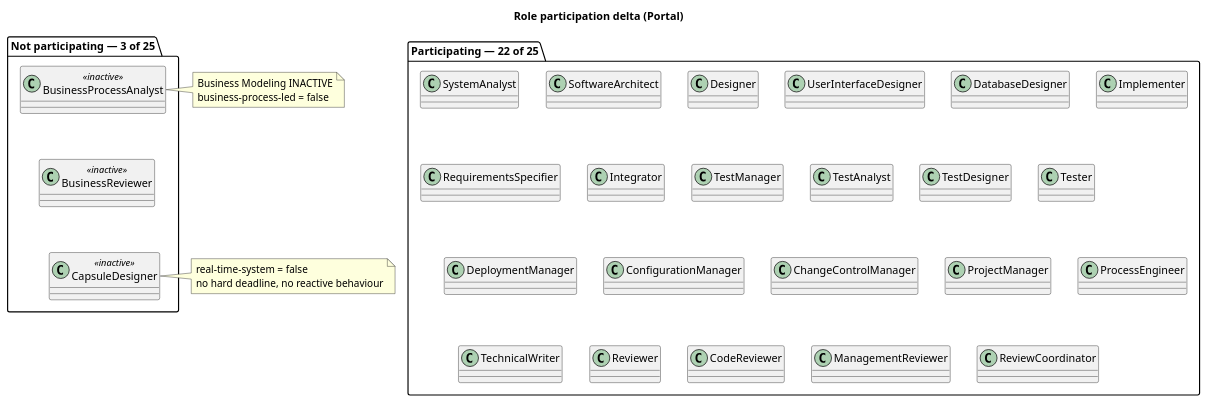
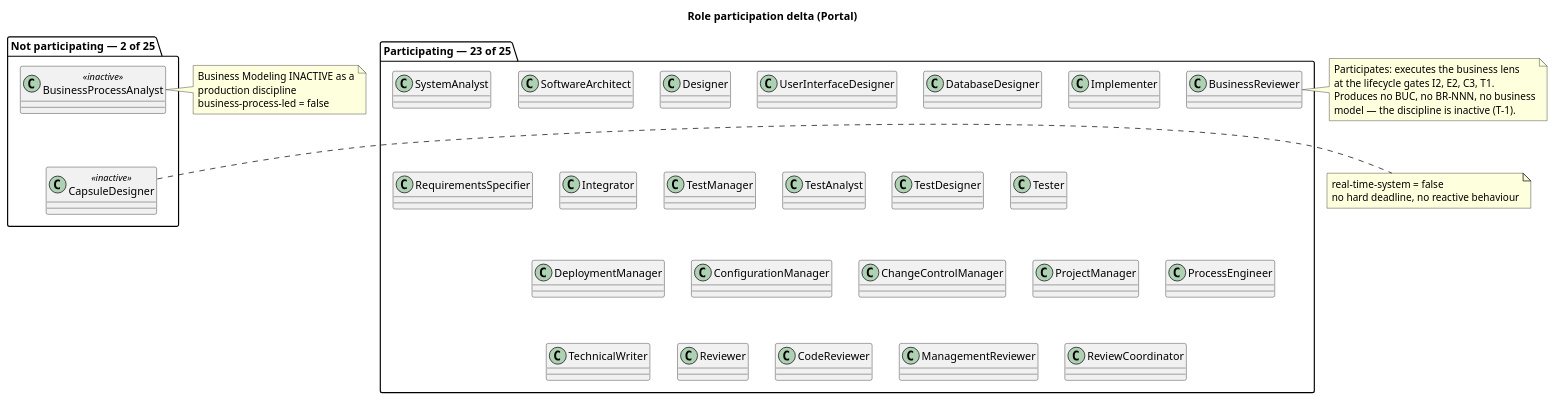
One commit to banense-test/portal changed the fifth of 6 diagrams in docs/artifacts/environment/development-case.md. Above: the diagram before and after it, drawn with PlantUML. The commit also changed other lines of this file, not shown here.

Commit message:
Process Engineer [I3]: upsert Development Case
[skip ci]

````diff
--- a/docs/artifacts/environment/development-case.md
+++ b/docs/artifacts/environment/development-case.md
@@ -322,51 +321,57 @@
 ```plantuml
 @startuml
 title Role participation delta (Portal)
 
 skinparam classAttributeIconSize 0
 
-package "Participating — 22 of 25" as ON {
+package "Participating — 23 of 25" as ON {
   class "SystemAnalyst" as SA
   class "RequirementsSpecifier" as RS
   class "SoftwareArchitect" as SWA
   class "Designer" as DES
   class "UserInterfaceDesigner" as UID
   class "DatabaseDesigner" as DBD
   class "Implementer" as IMP
   class "Integrator" as INT
   class "TestManager" as TM
   class "TestAnalyst" as TA
   class "TestDesigner" as TD
   class "Tester" as TE
   class "DeploymentManager" as DEP
   class "ConfigurationManager" as CM
   class "ChangeControlManager" as CCM
   class "ProjectManager" as PM
   class "ProcessEngineer" as PE
   class "TechnicalWriter" as TW
   class "Reviewer" as REV
   class "CodeReviewer" as CRV
   class "ManagementReviewer" as MR
   class "ReviewCoordinator" as RC
+  class "BusinessReviewer" as BR
 }
 
-package "Not participating — 3 of 25" as OFF {
+package "Not participating — 2 of 25" as OFF {
   class "BusinessProcessAnalyst" as BPA <<inactive>>
-  class "BusinessReviewer" as BR <<inactive>>
   class "CapsuleDesigner" as CD <<inactive>>
 }
 
 note right of BPA
-  Business Modeling INACTIVE
+  Business Modeling INACTIVE as a
+  production discipline
   business-process-led = false
+end note
+note right of BR
+  Participates: executes the business lens
+  at the lifecycle gates I2, E2, C3, T1.
+  Produces no BUC, no BR-NNN, no business
+  model — the discipline is inactive (T-1).
 end note
 note right of CD
   real-time-system = false
   no hard deadline, no reactive behaviour
 end note
 
 SA -[hidden]- RS
-BPA -[hidden]- BR
-BR -[hidden]- CD
+BPA -[hidden]- CD
 @enduml
 ```
````
